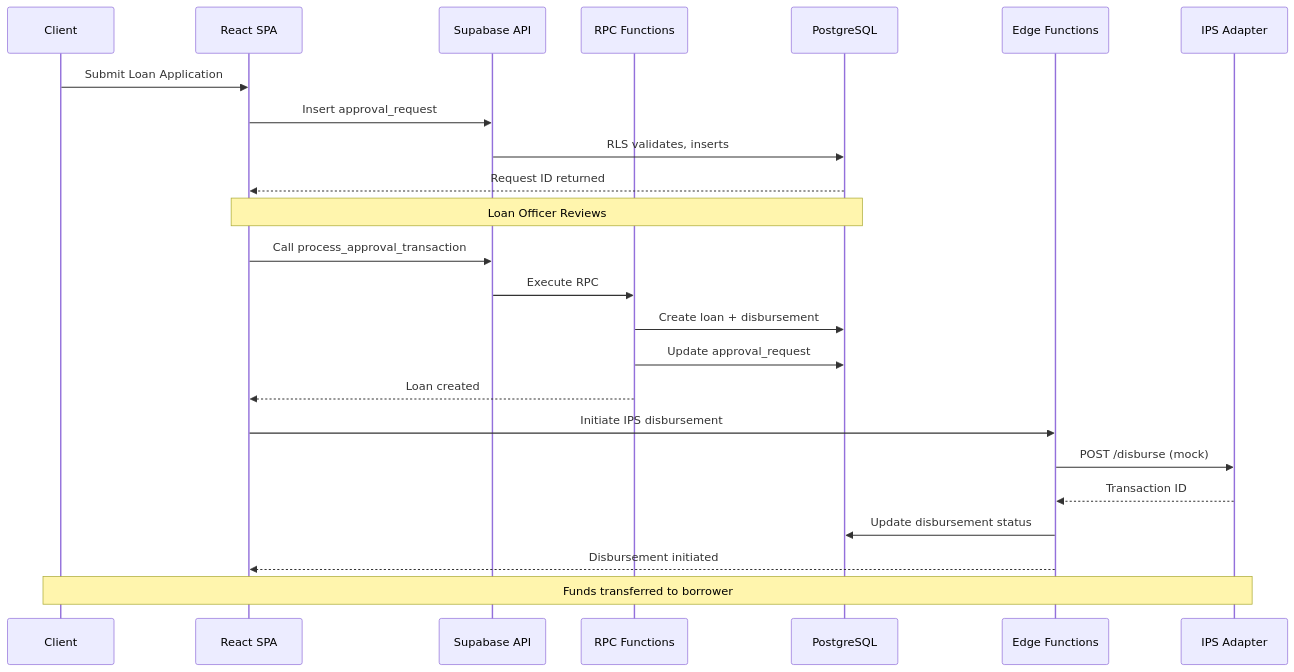
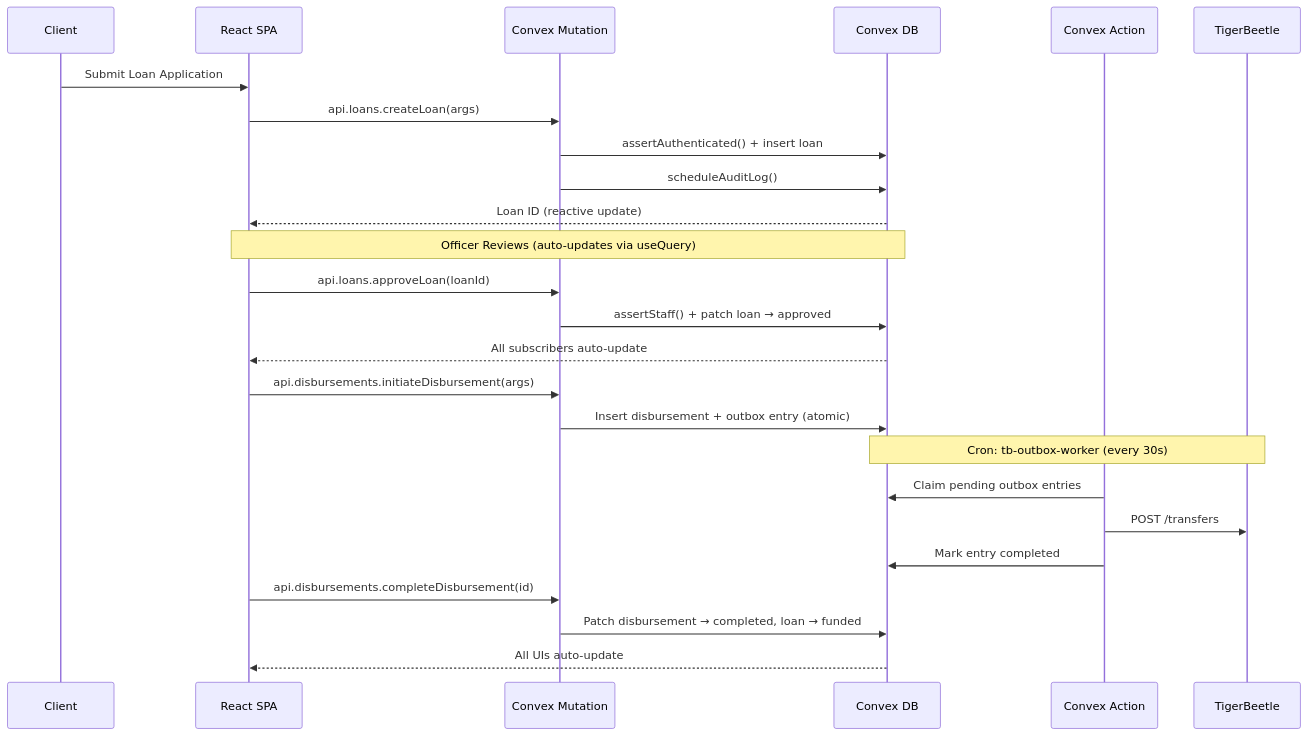
Before and after one commit to DKTony/namlend-trust-portal-v220: the third of 6 diagrams in docs/ARCHITECTURE.md, drawn with Mermaid. The commit also changed other lines of this file and 241 other files, not shown here.

First line of the commit message:
feat: Convex backend migration, dark mode, mobile Neo-Fintech theme, settlement system, TigerBeetle integration

````diff
--- a/docs/ARCHITECTURE.md
+++ b/docs/ARCHITECTURE.md
@@ -119,31 +163,33 @@
 ```mermaid
 sequenceDiagram
     participant C as Client
     participant UI as React SPA
-    participant API as Supabase API
-    participant RPC as RPC Functions
-    participant DB as PostgreSQL
-    participant EF as Edge Functions
-    participant IPS as IPS Adapter
+    participant M as Convex Mutation
+    participant DB as Convex DB
+    participant A as Convex Action
+    participant TB as TigerBeetle
 
     C->>UI: Submit Loan Application
-    UI->>API: Insert approval_request
-    API->>DB: RLS validates, inserts
-    DB-->>UI: Request ID returned
+    UI->>M: api.loans.createLoan(args)
+    M->>DB: assertAuthenticated() + insert loan
+    M->>DB: scheduleAuditLog()
+    DB-->>UI: Loan ID (reactive update)
 
-    Note over UI,DB: Loan Officer Reviews
+    Note over UI,DB: Officer Reviews (auto-updates via useQuery)
 
-    UI->>API: Call process_approval_transaction
-    API->>RPC: Execute RPC
-    RPC->>DB: Create loan + disbursement
-    RPC->>DB: Update approval_request
-    RPC-->>UI: Loan created
+    UI->>M: api.loans.approveLoan(loanId)
+    M->>DB: assertStaff() + patch loan → approved
+    DB-->>UI: All subscribers auto-update
 
-    UI->>EF: Initiate IPS disbursement
-    EF->>IPS: POST /disburse (mock)
-    IPS-->>EF: Transaction ID
-    EF->>DB: Update disbursement status
-    EF-->>UI: Disbursement initiated
+    UI->>M: api.disbursements.initiateDisbursement(args)
+    M->>DB: Insert disbursement + outbox entry (atomic)
 
-    Note over C,IPS: Funds transferred to borrower
+    Note over DB,TB: Cron: tb-outbox-worker (every 30s)
+    A->>DB: Claim pending outbox entries
+    A->>TB: POST /transfers
+    A->>DB: Mark entry completed
+
+    UI->>M: api.disbursements.completeDisbursement(id)
+    M->>DB: Patch disbursement → completed, loan → funded
+    DB-->>UI: All UIs auto-update
 ```
````
